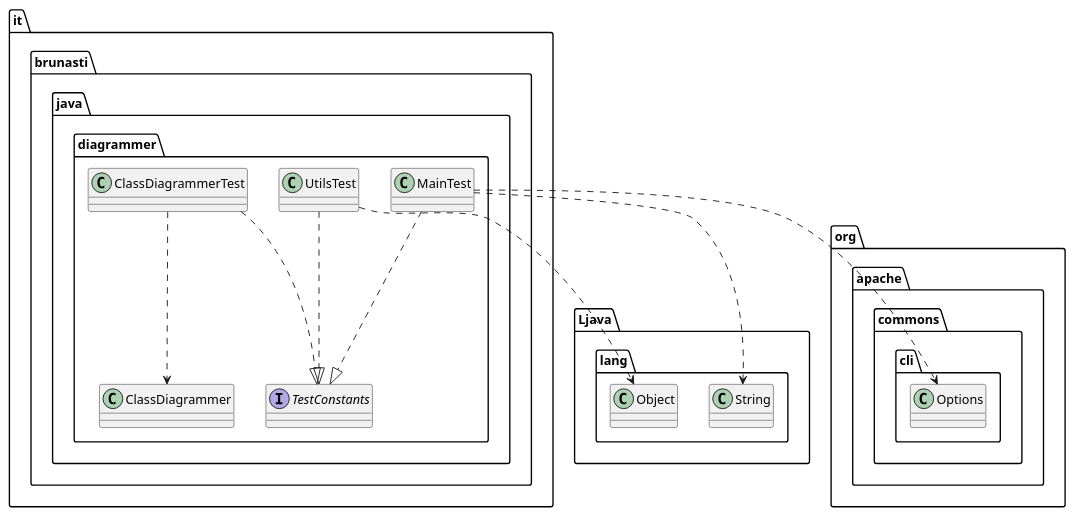
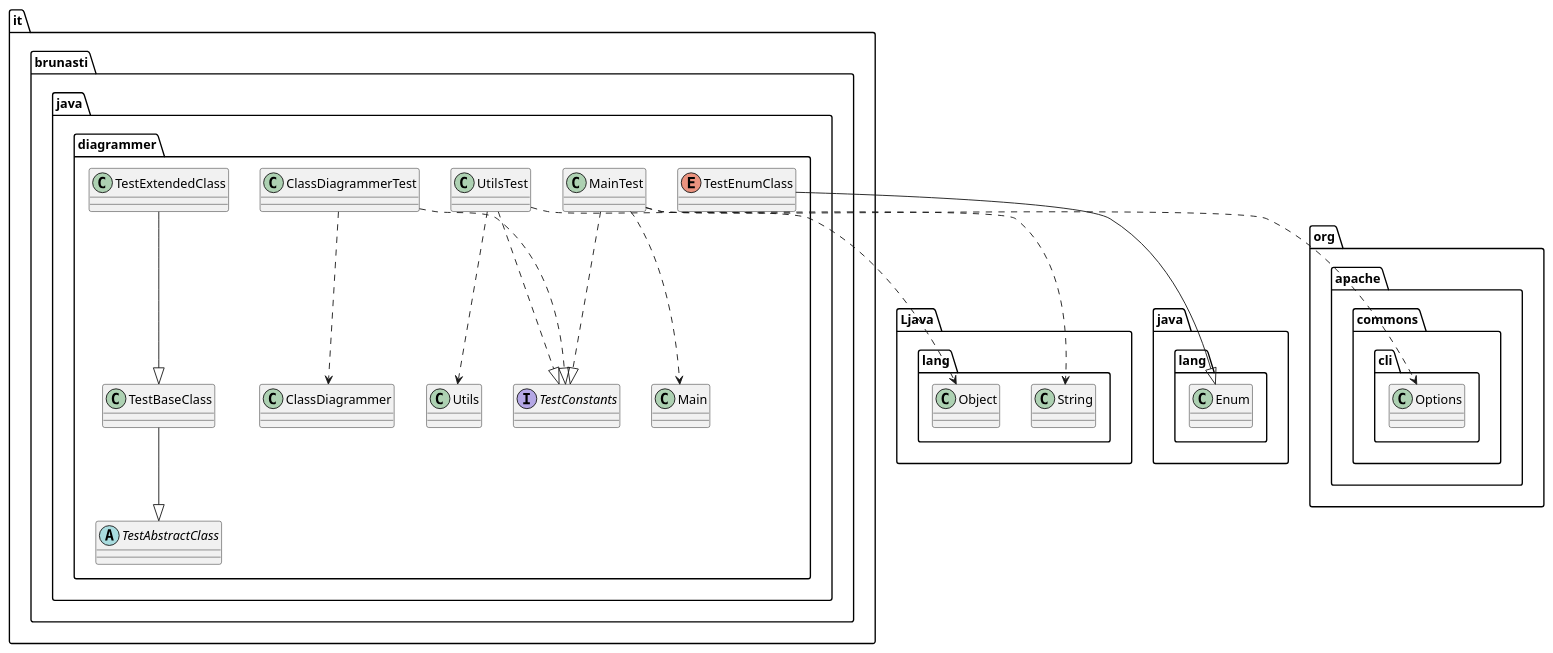
One commit to brunasti/java-diagrammer changed the diagram in temp/output-test.puml. Above: the diagram before and after it, drawn with PlantUML. The commit also changed 9 other files, not shown here.

Commit message:
Added classes for test extension and enum

```diff
--- a/temp/output-test.puml
+++ b/temp/output-test.puml
@@ -1,34 +1,43 @@
 @startuml
 'https://plantuml.com/class-diagram
 
 ' GENERATE CLASS DIAGRAM ===========
 ' Generator     : it.brunasti.java.diagrammer.ClassDiagrammer
 ' Path          : [./target/test-classes]
 ' Configuration : []
-' Generated at  : Sun Mar 24 16:07:10 CET 2024
+' Generated at  : Sun Mar 24 16:30:45 CET 2024
 
 
 
 ' CLASSES =======
 class it.brunasti.java.diagrammer.ClassDiagrammerTest
 class it.brunasti.java.diagrammer.UtilsTest
+class it.brunasti.java.diagrammer.TestBaseClass
+enum it.brunasti.java.diagrammer.TestEnumClass
 interface it.brunasti.java.diagrammer.TestConstants
 class it.brunasti.java.diagrammer.MainTest
+class it.brunasti.java.diagrammer.TestExtendedClass
+abstract it.brunasti.java.diagrammer.TestAbstractClass
 
 ' INHERITANCES =======
+it.brunasti.java.diagrammer.TestBaseClass --|> it.brunasti.java.diagrammer.TestAbstractClass
+it.brunasti.java.diagrammer.TestEnumClass --|> java.lang.Enum
+it.brunasti.java.diagrammer.TestExtendedClass --|> it.brunasti.java.diagrammer.TestBaseClass
 
 ' IMPLEMENT INTERFACE =======
 it.brunasti.java.diagrammer.ClassDiagrammerTest ..|> it.brunasti.java.diagrammer.TestConstants
 it.brunasti.java.diagrammer.UtilsTest ..|> it.brunasti.java.diagrammer.TestConstants
 it.brunasti.java.diagrammer.MainTest ..|> it.brunasti.java.diagrammer.TestConstants
 
 ' FIELDS =======
 
 ' USES =======
 it.brunasti.java.diagrammer.ClassDiagrammerTest ..> it.brunasti.java.diagrammer.ClassDiagrammer
+it.brunasti.java.diagrammer.UtilsTest ..> it.brunasti.java.diagrammer.Utils
 it.brunasti.java.diagrammer.UtilsTest ..> Ljava.lang.Object
+it.brunasti.java.diagrammer.MainTest ..> it.brunasti.java.diagrammer.Main
 it.brunasti.java.diagrammer.MainTest ..> Ljava.lang.String
 it.brunasti.java.diagrammer.MainTest ..> org.apache.commons.cli.Options
 
 
 @enduml
```
